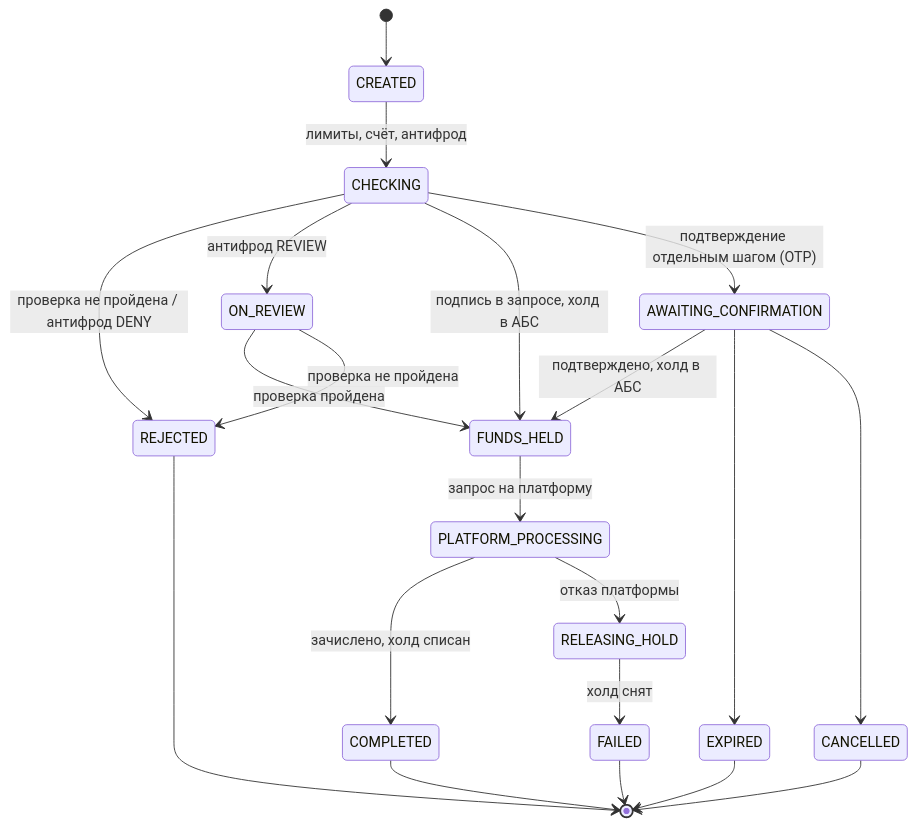
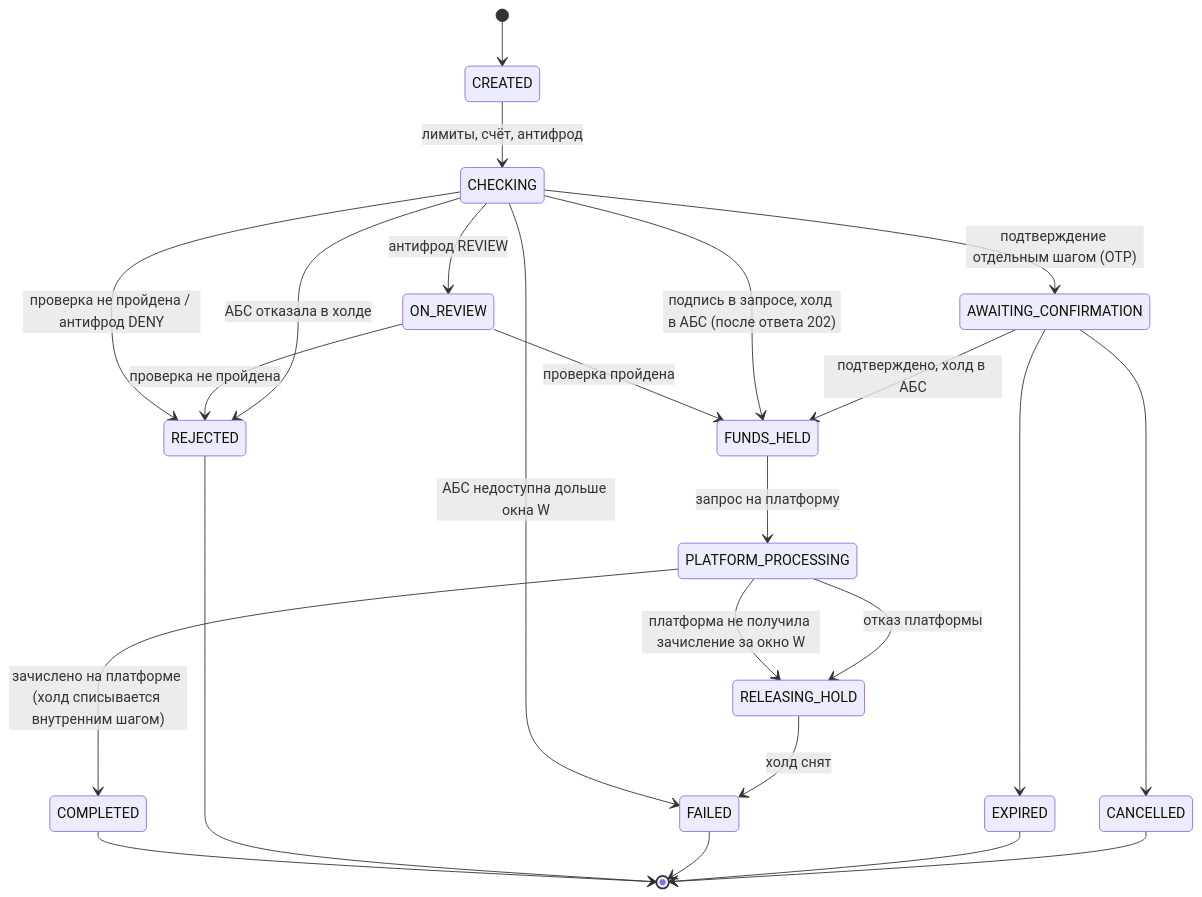
One commit to ZvonMonet/open-API-spec-for-digital-rub-skill changed the third of 3 diagrams in knowledge/business-rules.md. Above: the diagram before and after it, drawn with Mermaid. The commit also changed other lines of this file and 3 other files, not shown here.

````diff
--- a/knowledge/business-rules.md
+++ b/knowledge/business-rules.md
@@ -273,23 +277,26 @@
 ```mermaid
 stateDiagram-v2
     [*] --> CREATED
     CREATED --> CHECKING: лимиты, счёт, антифрод
     CHECKING --> REJECTED: проверка не пройдена / антифрод DENY
     CHECKING --> ON_REVIEW: антифрод REVIEW
     ON_REVIEW --> FUNDS_HELD: проверка пройдена
     ON_REVIEW --> REJECTED: проверка не пройдена
-    CHECKING --> FUNDS_HELD: подпись в запросе, холд в АБС
+    CHECKING --> FUNDS_HELD: подпись в запросе, холд в АБС (после ответа 202)
+    CHECKING --> REJECTED: АБС отказала в холде
+    CHECKING --> FAILED: АБС недоступна дольше окна W
     CHECKING --> AWAITING_CONFIRMATION: подтверждение отдельным шагом (OTP)
     AWAITING_CONFIRMATION --> FUNDS_HELD: подтверждено, холд в АБС
     AWAITING_CONFIRMATION --> EXPIRED
     AWAITING_CONFIRMATION --> CANCELLED
     FUNDS_HELD --> PLATFORM_PROCESSING: запрос на платформу
-    PLATFORM_PROCESSING --> COMPLETED: зачислено, холд списан
+    PLATFORM_PROCESSING --> COMPLETED: зачислено на платформе (холд списывается внутренним шагом)
+    PLATFORM_PROCESSING --> RELEASING_HOLD: платформа не получила зачисление за окно W
     PLATFORM_PROCESSING --> RELEASING_HOLD: отказ платформы
     RELEASING_HOLD --> FAILED: холд снят
     COMPLETED --> [*]
     REJECTED --> [*]
     FAILED --> [*]
     EXPIRED --> [*]
     CANCELLED --> [*]
 ```
````
